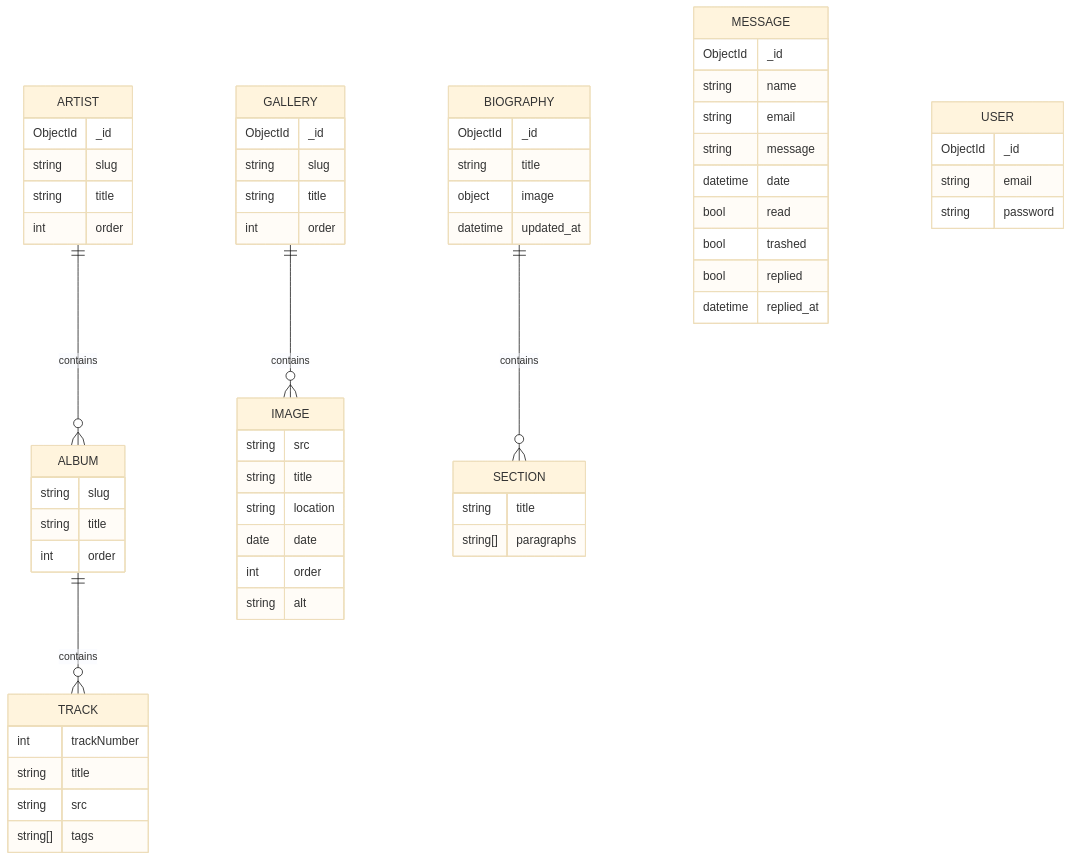
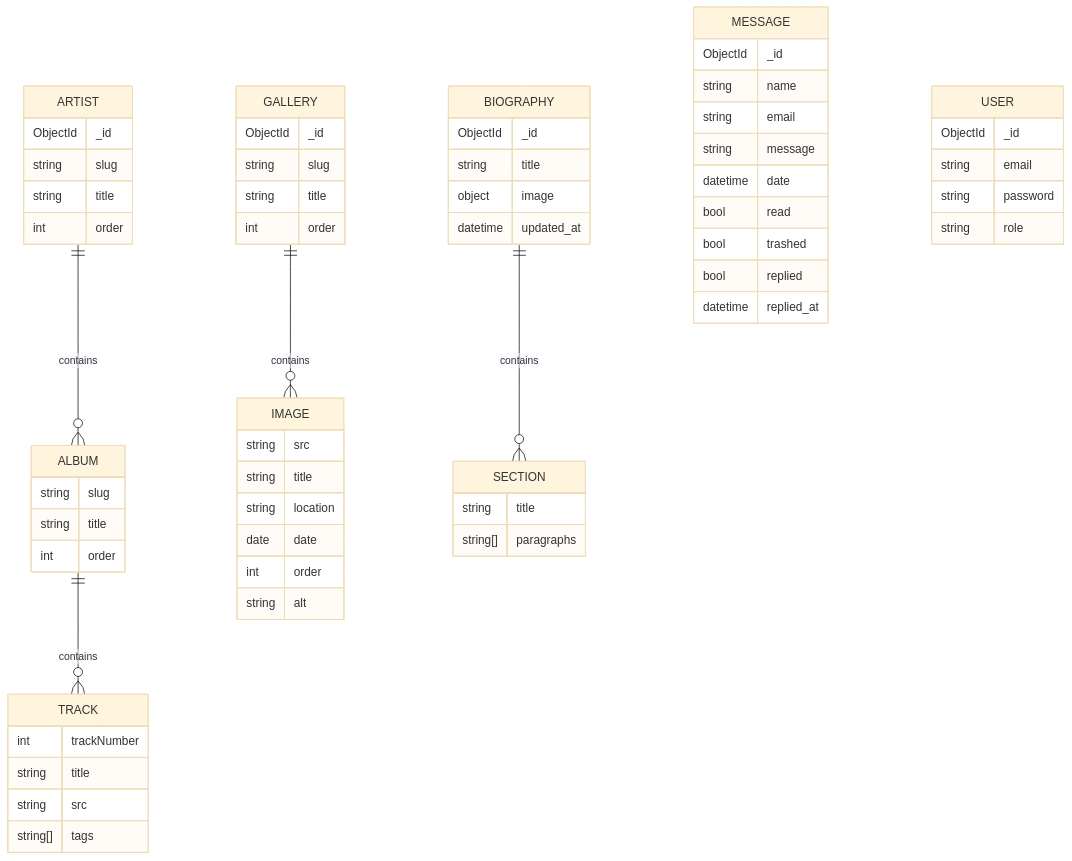
Before and after one commit to hakamir/Portfolio-Block-3: the fourth of 8 diagrams in README.md, drawn with Mermaid (base theme). The commit also changed other lines of this file and 5 other files, not shown here.

````diff
--- a/README.md
+++ b/README.md
@@ -175,65 +179,66 @@
 ```mermaid
 erDiagram
     ARTIST {
         ObjectId _id
         string slug
         string title
         int order
     }
     ALBUM {
         string slug
         string title
         int order
     }
     TRACK {
         int trackNumber
         string title
         string src
         string[] tags
     }
     GALLERY {
         ObjectId _id
         string slug
         string title
         int order
     }
     IMAGE {
         string src
         string title
         string location
         date date
         int order
         string alt
     }
     BIOGRAPHY {
         ObjectId _id
         string title
         object image
         datetime updated_at
     }
     SECTION {
         string title
         string[] paragraphs
     }
     MESSAGE {
         ObjectId _id
         string name
         string email
         string message
         datetime date
         bool read
         bool trashed
         bool replied
         datetime replied_at
     }
     USER {
         ObjectId _id
         string email
         string password
+        string role
     }
 
     ARTIST ||--o{ ALBUM: contains
     ALBUM ||--o{ TRACK: contains
     GALLERY ||--o{ IMAGE: contains
     BIOGRAPHY ||--o{ SECTION: contains
 ```
````
